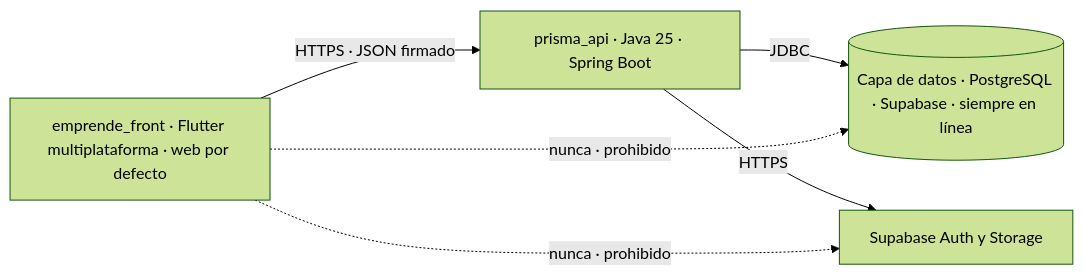
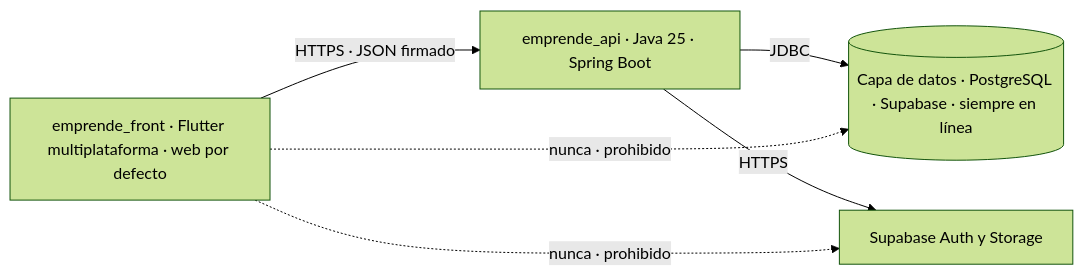
Before and after one commit to Juanchope039/Emprende-Documentation: the first of 2 diagrams in docs/07-arquitectura.md, drawn with Mermaid (forest theme). The commit also changed other lines of this file and 51 other files, not shown here.

First line of the commit message:
El proyecto de la API se nombra emprende_api; prisma_api queda como el rol de la base

````diff
--- a/docs/07-arquitectura.md
+++ b/docs/07-arquitectura.md
@@ -42,8 +42,8 @@
 ```mermaid
 graph LR
-    FRONT[emprende_front · Flutter multiplataforma · web por defecto] -->|HTTPS · JSON firmado| API[prisma_api · Java 25 · Spring Boot]
+    FRONT[emprende_front · Flutter multiplataforma · web por defecto] -->|HTTPS · JSON firmado| API[emprende_api · Java 25 · Spring Boot]
     API -->|JDBC| DB[(Capa de datos · PostgreSQL · Supabase · siempre en línea)]
     API -->|HTTPS| AUTH[Supabase Auth y Storage]
     FRONT -. nunca · prohibido .-> DB
     FRONT -. nunca · prohibido .-> AUTH
 ```
````
